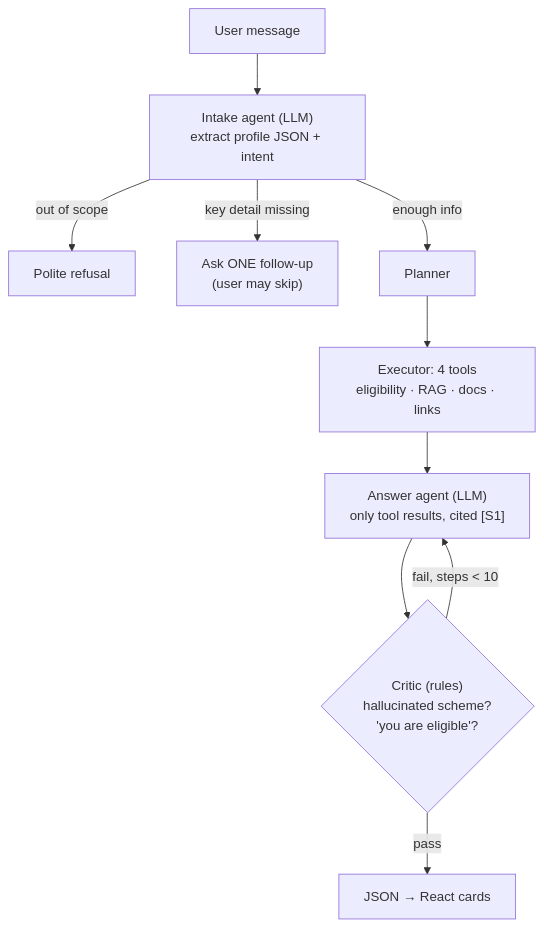
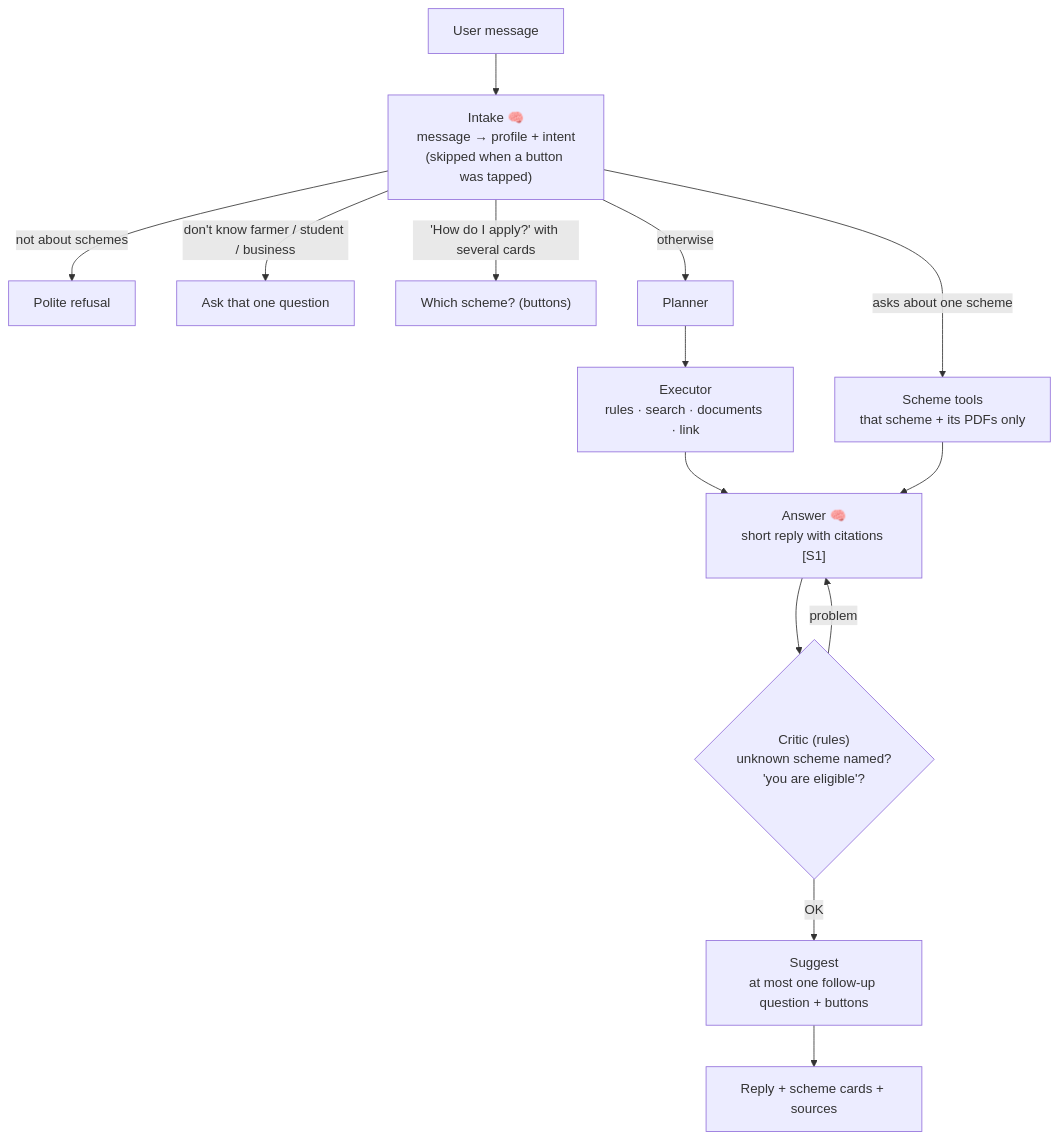
Before and after one commit to aakash-github/jansahayak: the second of 2 diagrams in README.md, drawn with Mermaid. The commit also changed other lines of this file and 4 other files, not shown here.

````diff
--- a/README.md
+++ b/README.md
@@ -28,12 +28,15 @@
 ```mermaid
 flowchart TD
-  A[User message] --> B["Intake agent (LLM)<br/>extract profile JSON + intent"]
-  B -->|out of scope| R[Polite refusal]
-  B -->|key detail missing| F["Ask ONE follow-up<br/>(user may skip)"]
-  B -->|enough info| P[Planner]
-  P --> E["Executor: 4 tools<br/>eligibility · RAG · docs · links"]
-  E --> AN["Answer agent (LLM)<br/>only tool results, cited [S1]"]
-  AN --> C{"Critic (rules)<br/>hallucinated scheme?<br/>'you are eligible'?"}
-  C -->|fail, steps < 10| AN
-  C -->|pass| OUT[JSON → React cards]
+  M[User message] --> I["Intake 🧠<br/>message → profile + intent<br/>(skipped when a button was tapped)"]
+  I -->|not about schemes| R[Polite refusal]
+  I -->|"don't know farmer / student / business"| Q[Ask that one question]
+  I -->|"'How do I apply?' with several cards"| W["Which scheme? (buttons)"]
+  I -->|asks about one scheme| ST["Scheme tools<br/>that scheme + its PDFs only"]
+  I -->|otherwise| P[Planner] --> E["Executor<br/>rules · search · documents · link"]
+  E --> A["Answer 🧠<br/>short reply with citations [S1]"]
+  ST --> A
+  A --> C{"Critic (rules)<br/>unknown scheme named?<br/>'you are eligible'?"}
+  C -->|problem| A
+  C -->|OK| S["Suggest<br/>at most one follow-up question + buttons"]
+  S --> OUT[Reply + scheme cards + sources]
 ```
````
